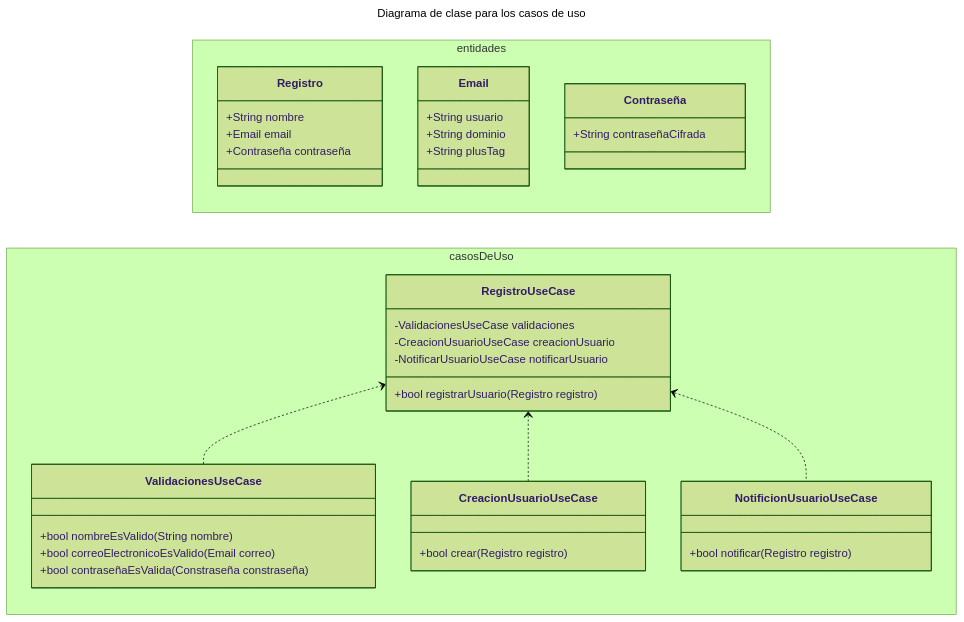
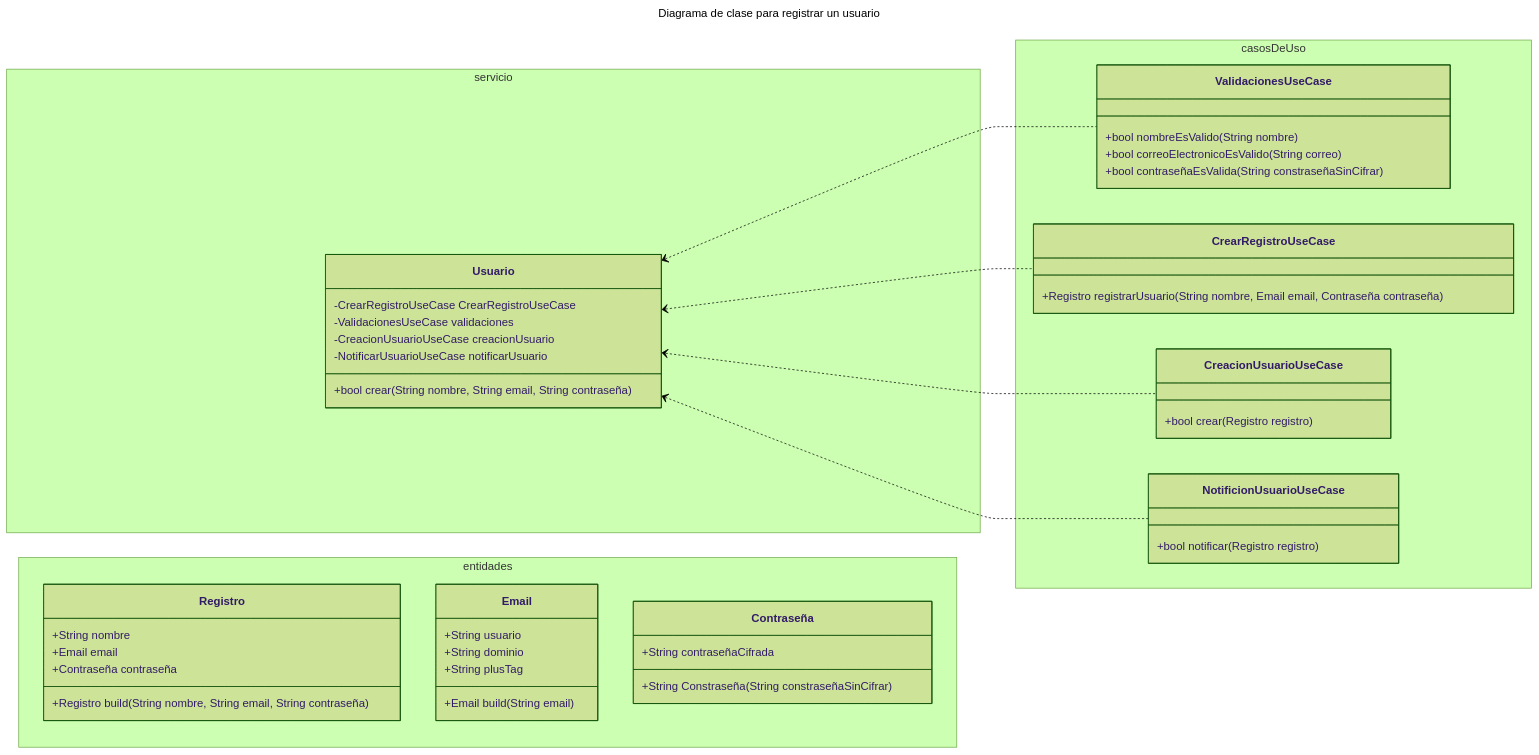
One commit to urrestarazu-alejandro/memo-backend changed the second of 2 diagrams in pages/draft/post-draft.md. Above: the diagram before and after it, drawn with Mermaid (forest theme). The commit also changed other lines of this file, not shown here.

Commit message:
draft: casos de uso modifico diagrama de clases

````diff
--- a/pages/draft/post-draft.md
+++ b/pages/draft/post-draft.md
@@ -77,52 +77,66 @@
 ```mermaid
 ---
-title: Diagrama de clase para los casos de uso
+title: Diagrama de clase para registrar un usuario
 ---
 classDiagram
-direction LR
-namespace entidades {
-    class Registro {
-        +String nombre
-        +Email email
-        +Contraseña contraseña
-    }
+    direction LR
 
-    class Email {
-        +String usuario
-        +String dominio
-        +String plusTag
-    }
+Usuario <.. ValidacionesUseCase
+Usuario <.. CrearRegistroUseCase
+Usuario <.. CreacionUsuarioUseCase
+Usuario <.. NotificionUsuarioUseCase 
 
-    class Contraseña {
-        +String contraseñaCifrada
+namespace servicio {
+    class Usuario {
+        -CrearRegistroUseCase CrearRegistroUseCase
+        -ValidacionesUseCase validaciones
+        -CreacionUsuarioUseCase creacionUsuario
+        -NotificarUsuarioUseCase notificarUsuario
+        +bool crear(String nombre, String email, String contraseña)
     }
 }
 
-    RegistroUseCase <.. ValidacionesUseCase
-    RegistroUseCase <.. CreacionUsuarioUseCase
-    RegistroUseCase <.. NotificionUsuarioUseCase 
-
 namespace casosDeUso {
-    class RegistroUseCase {
-        -ValidacionesUseCase validaciones
-        -CreacionUsuarioUseCase creacionUsuario
-        -NotificarUsuarioUseCase notificarUsuario
-        +bool registrarUsuario(Registro registro)
+    class CrearRegistroUseCase {
+        +Registro registrarUsuario(String nombre, Email email, Contraseña contraseña)
     }
 
     class ValidacionesUseCase {
         +bool nombreEsValido(String nombre)
-        +bool correoElectronicoEsValido(Email correo)
-        +bool contraseñaEsValida(Constraseña constraseña)
+        +bool correoElectronicoEsValido(String correo)
+        +bool contraseñaEsValida(String constraseñaSinCifrar)
     }
 
     class CreacionUsuarioUseCase {
         +bool crear(Registro registro)
     }
 
     class NotificionUsuarioUseCase {
         +bool notificar(Registro registro)
     }
 }
 
+namespace entidades {
+    class Registro {
+        +String nombre
+        +Email email
+        +Contraseña contraseña
+
+        +Registro build(String nombre, String email, String contraseña)
+    }
+
+    class Email {
+        +String usuario
+        +String dominio
+        +String plusTag
+
+        +Email build(String email)
+    }
+
+    class Contraseña {
+        +String contraseñaCifrada
+
+        +String Constraseña(String constraseñaSinCifrar)
+    }
+}
 ```
````
